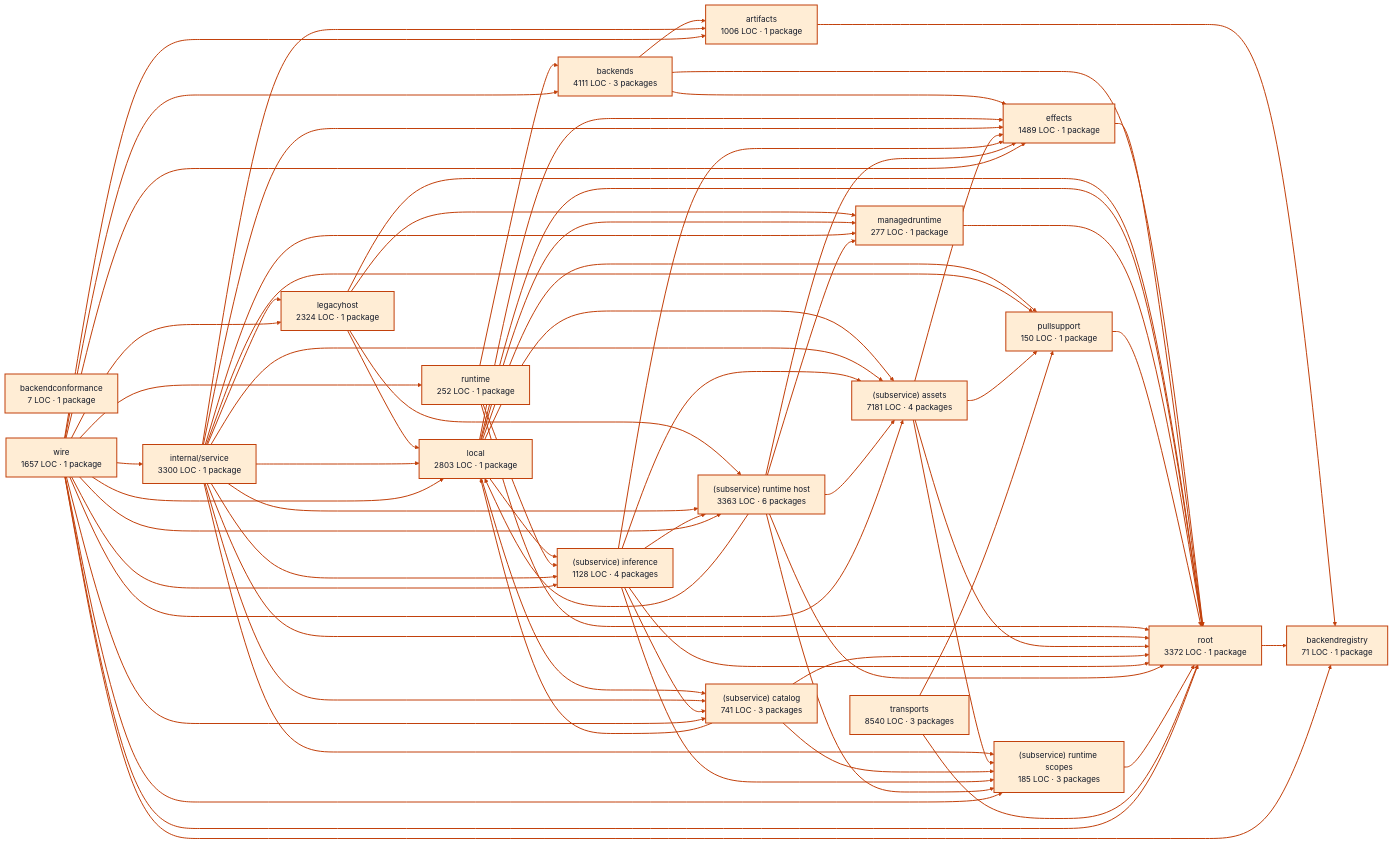
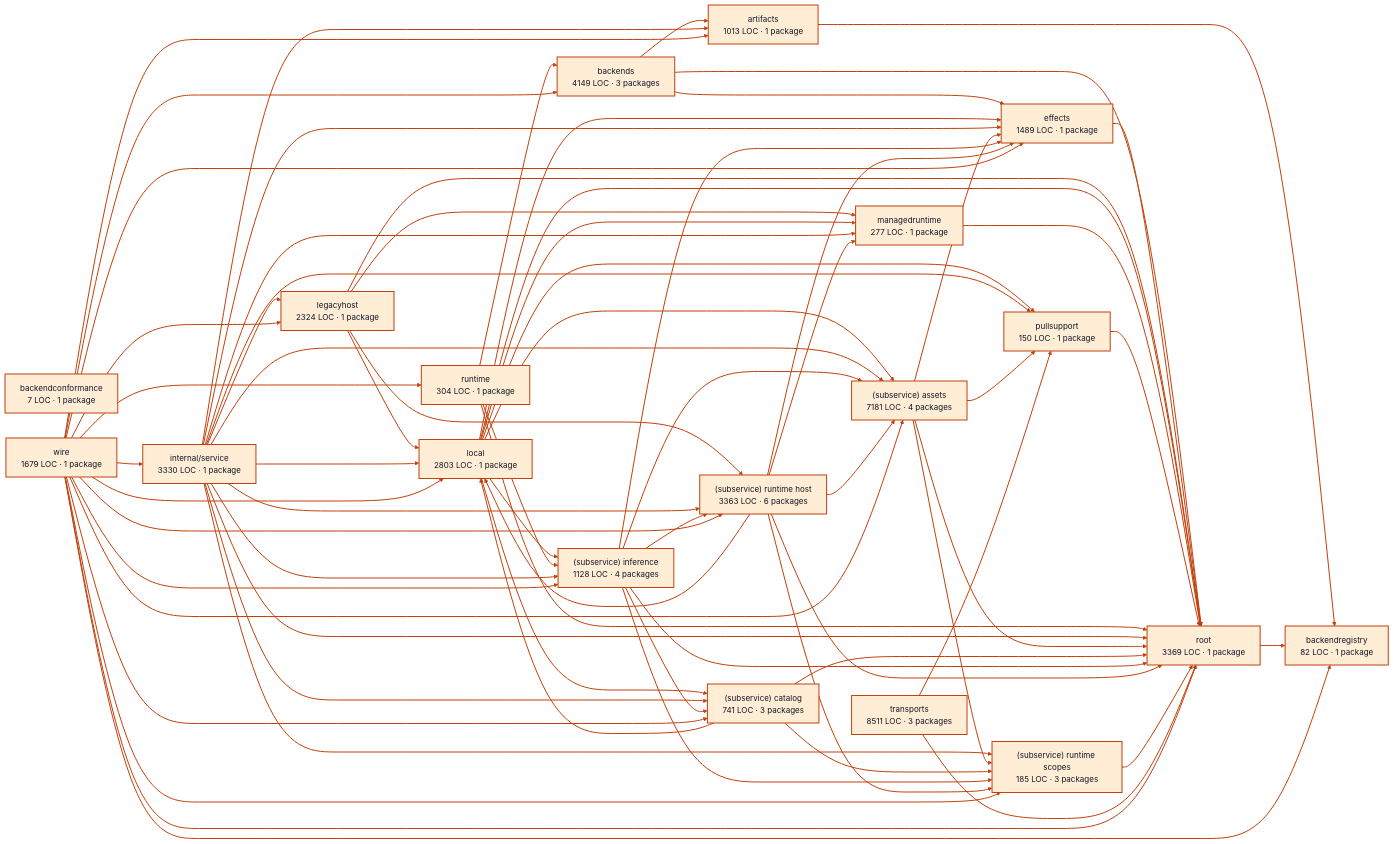
The diagram in docs/architecture/visualizations/services/models.md (portpowered/you-agent-factory), drawn with Mermaid before and after one commit. The commit also changed other lines of this file and 20 other files, not shown here.

Commit message:
docs: refresh backend architecture visualizations

````diff
--- a/docs/architecture/visualizations/services/models.md
+++ b/docs/architecture/visualizations/services/models.md
@@ -11,24 +11,24 @@
 ```mermaid
 flowchart LR
-  p0["artifacts<br/>1006 LOC · 1 package"]
+  p0["artifacts<br/>1013 LOC · 1 package"]
   p1["backendconformance<br/>7 LOC · 1 package"]
-  p2["backendregistry<br/>71 LOC · 1 package"]
-  p3["backends<br/>4111 LOC · 3 packages"]
+  p2["backendregistry<br/>82 LOC · 1 package"]
+  p3["backends<br/>4149 LOC · 3 packages"]
   p4["effects<br/>1489 LOC · 1 package"]
   p5["legacyhost<br/>2324 LOC · 1 package"]
   p6["local<br/>2803 LOC · 1 package"]
   p7["managedruntime<br/>277 LOC · 1 package"]
   p8["pullsupport<br/>150 LOC · 1 package"]
-  p9["runtime<br/>252 LOC · 1 package"]
-  p10["internal/service<br/>3300 LOC · 1 package"]
+  p9["runtime<br/>304 LOC · 1 package"]
+  p10["internal/service<br/>3330 LOC · 1 package"]
   p11["(subservice) assets<br/>7181 LOC · 4 packages"]
   p12["(subservice) catalog<br/>741 LOC · 3 packages"]
   p13["(subservice) inference<br/>1128 LOC · 4 packages"]
   p14["(subservice) runtime host<br/>3363 LOC · 6 packages"]
   p15["(subservice) runtime scopes<br/>185 LOC · 3 packages"]
-  p16["root<br/>3372 LOC · 1 package"]
-  p17["transports<br/>8540 LOC · 3 packages"]
-  p18["wire<br/>1657 LOC · 1 package"]
+  p16["root<br/>3369 LOC · 1 package"]
+  p17["transports<br/>8511 LOC · 3 packages"]
+  p18["wire<br/>1679 LOC · 1 package"]
   p0 --> p2
   p3 --> p0
   p3 --> p4
````
